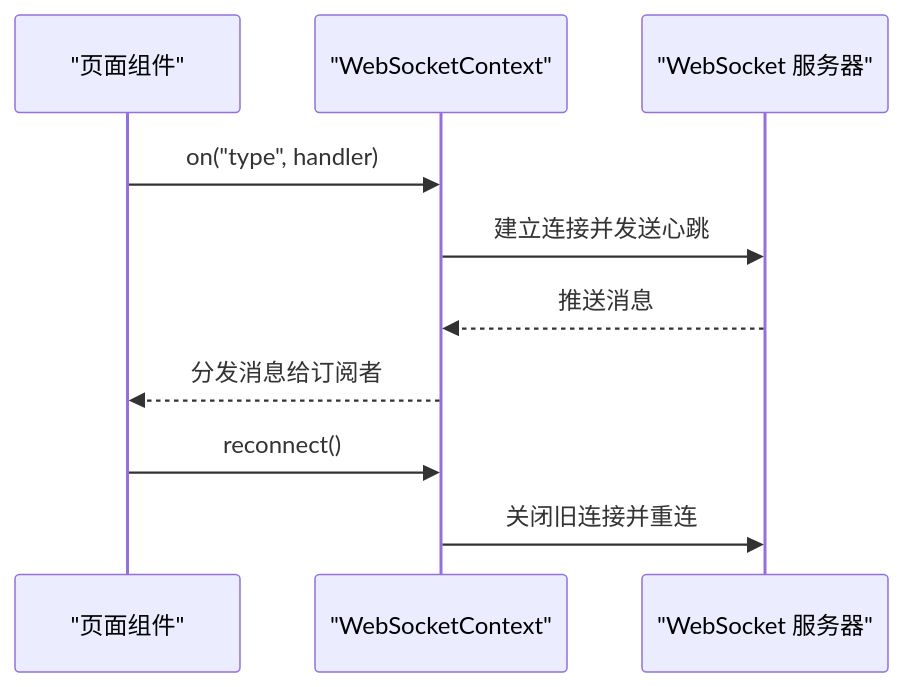
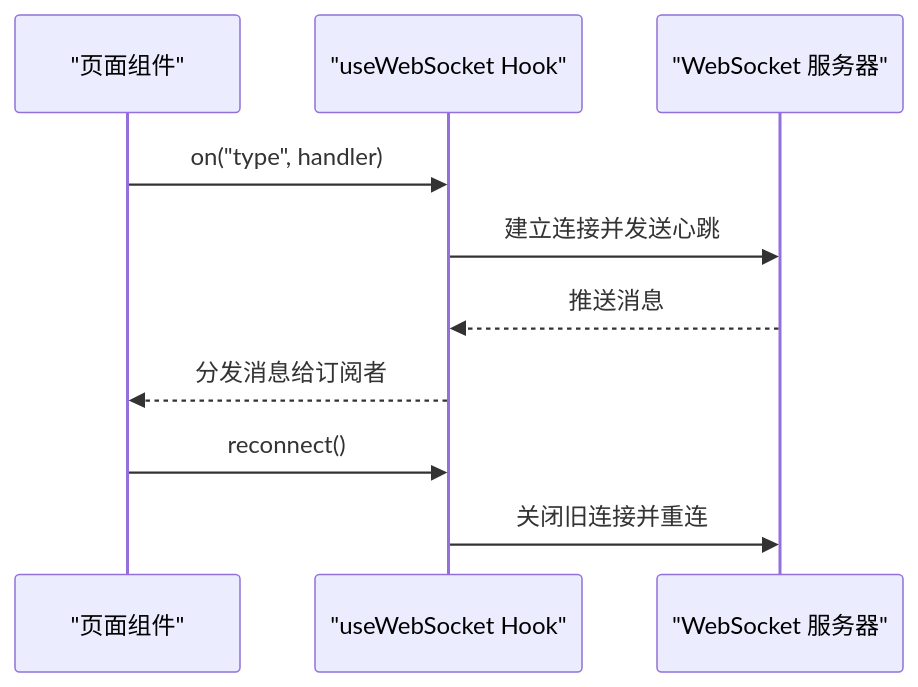
The sixth of 8 diagrams in .qoder/repowiki/zh/content/前端应用架构/状态管理.md (angledick/-), drawn with Mermaid before and after one commit. The commit also changed other lines of this file and 770 other files, not shown here.

````diff
--- a/.qoder/repowiki/zh/content/前端应用架构/状态管理.md
+++ b/.qoder/repowiki/zh/content/前端应用架构/状态管理.md
@@ -170,12 +267,12 @@
 ```mermaid
 sequenceDiagram
 participant Page as "页面组件"
-participant WS as "WebSocketContext"
+participant WS as "useWebSocket Hook"
 participant WSConn as "WebSocket 服务器"
 Page->>WS : on("type", handler)
 WS->>WSConn : 建立连接并发送心跳
 WSConn-->>WS : 推送消息
 WS-->>Page : 分发消息给订阅者
 Page->>WS : reconnect()
 WS->>WSConn : 关闭旧连接并重连
 ```
````
